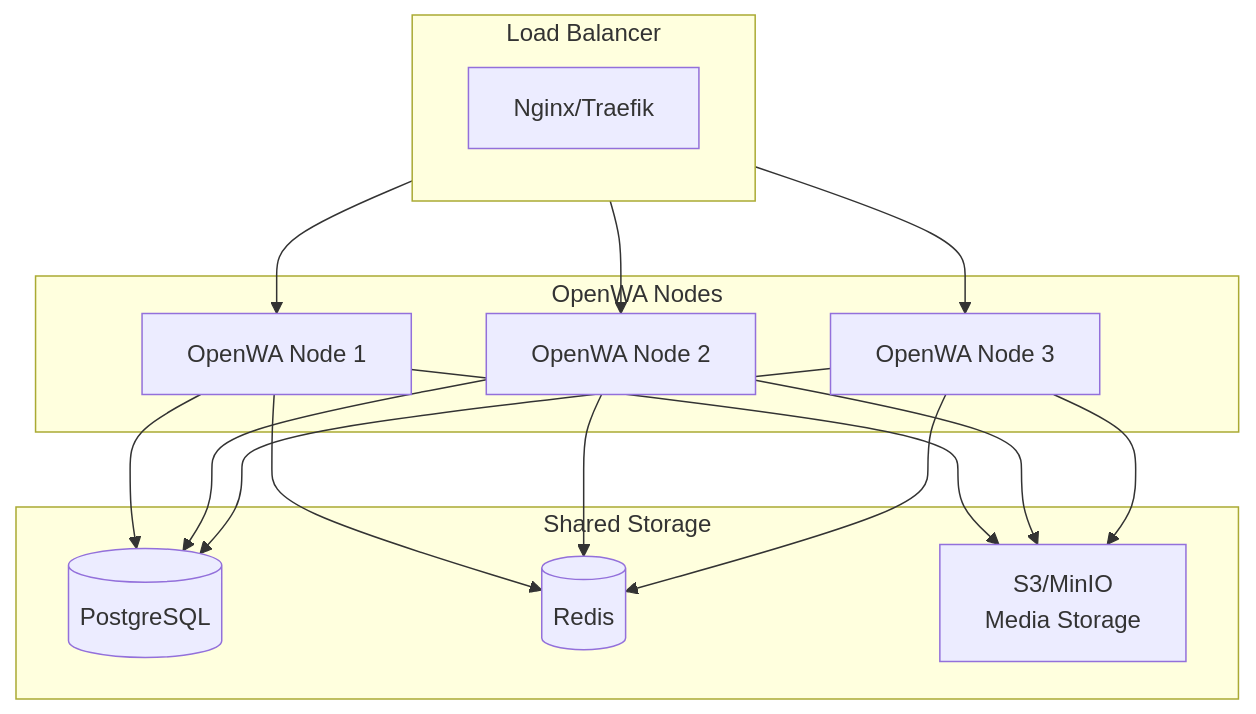
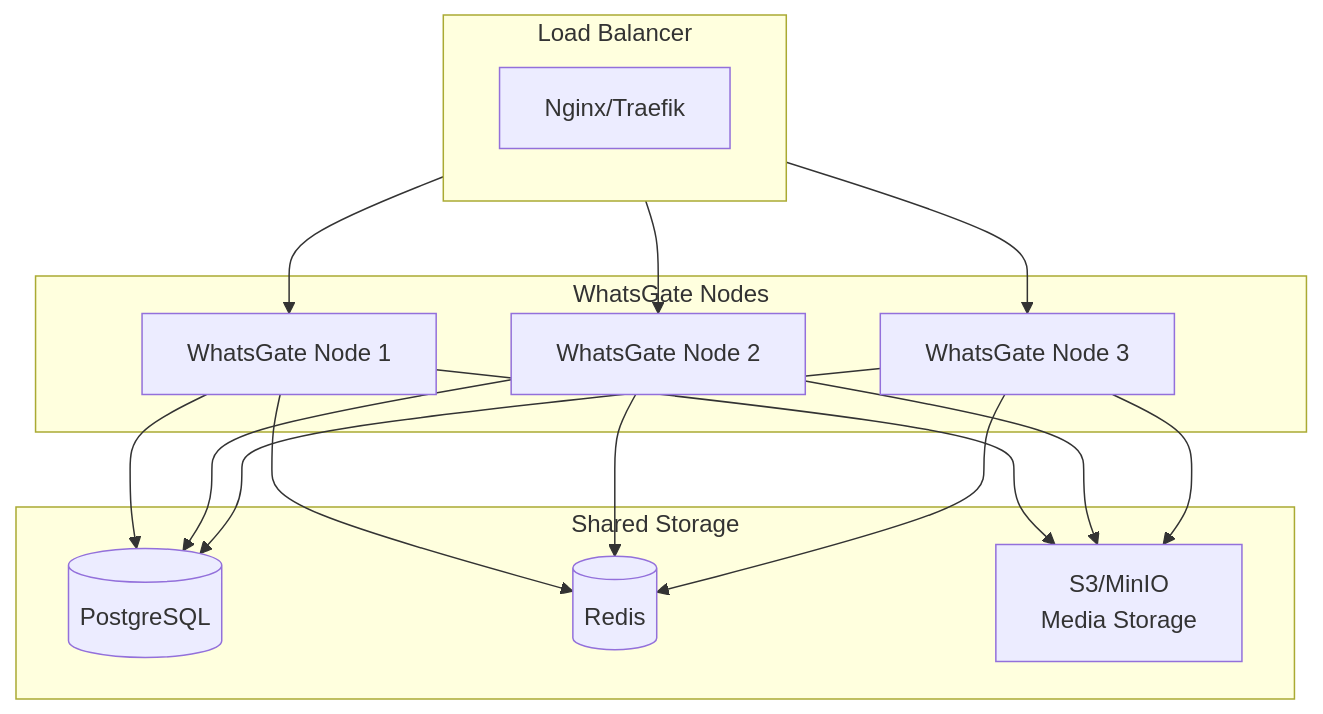
Before and after one commit to liminal-loop/whatsgate: the diagram in docs/13-horizontal-scaling.md, drawn with Mermaid. The commit also changed other lines of this file and 46 other files, not shown here.

Commit message:
chore: rebrand OpenWA to WhatsGate across app and docs

````diff
--- a/docs/13-horizontal-scaling.md
+++ b/docs/13-horizontal-scaling.md
@@ -7,34 +7,34 @@
 ```mermaid
 flowchart TB
     subgraph LB["Load Balancer"]
         NGINX[Nginx/Traefik]
     end
 
-    subgraph Nodes["OpenWA Nodes"]
-        N1[OpenWA Node 1]
-        N2[OpenWA Node 2]
-        N3[OpenWA Node 3]
+    subgraph Nodes["WhatsGate Nodes"]
+        N1[WhatsGate Node 1]
+        N2[WhatsGate Node 2]
+        N3[WhatsGate Node 3]
     end
 
     subgraph Storage["Shared Storage"]
         PG[(PostgreSQL)]
         REDIS[(Redis)]
         S3[S3/MinIO<br/>Media Storage]
     end
 
     LB --> N1
     LB --> N2
     LB --> N3
 
     N1 --> PG
     N2 --> PG
     N3 --> PG
 
     N1 --> REDIS
     N2 --> REDIS
     N3 --> REDIS
 
     N1 --> S3
     N2 --> S3
     N3 --> S3
 ```
````
